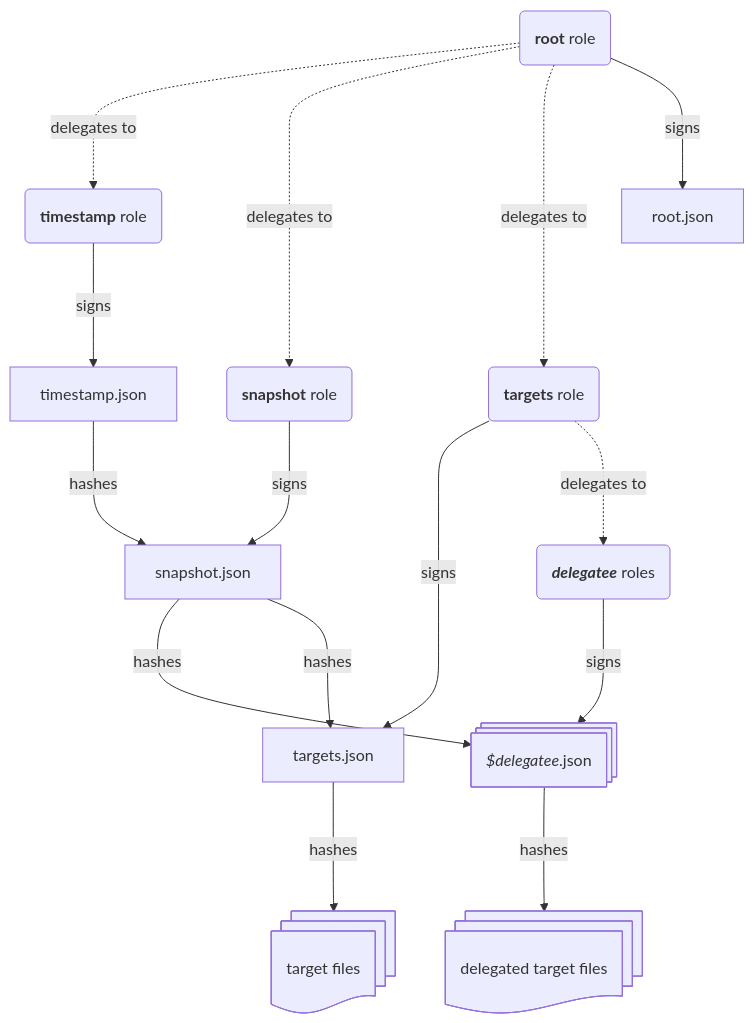
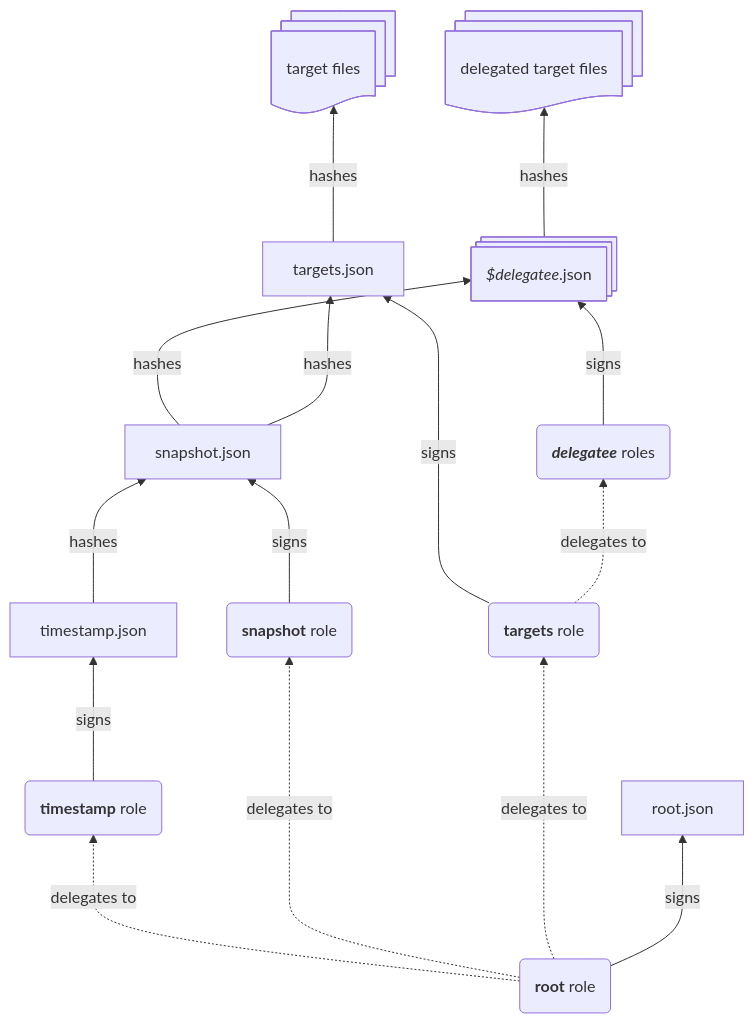
One commit to amutable-systems/quarry changed the diagram in docs/getting-started.md. Above: the diagram before and after it, drawn with Mermaid.

Commit message:
docs: flip TUF roles graph

````diff
--- a/docs/getting-started.md
+++ b/docs/getting-started.md
@@ -43,21 +43,21 @@
 ```mermaid
-flowchart TD
+flowchart BT
    root("`**root** role`") -. delegates to ..-> timestamp("`**timestamp** role`") & snapshot("`**snapshot** role`") & targets("`**targets** role`")
    root -- signs ---> rootjson["root.json"]
 
    timestamp -- signs ---> timestampjson["timestamp.json"]
    snapshot -- signs ---> snapshotjson["snapshot.json"]
    targets -- signs ---> targetsjson["targets.json"]
    targets -. delegates to ..-> delegatee["`_**delegatee**_ roles`"]
    delegatee -- signs ---> delegateejson["`*$delegatee*.json`"]
    delegateejson -- hashes ---> delegateetargetfiles["delegated target files"]
    snapshotjson -- hashes ---> delegateejson & targetsjson
    targetsjson -- hashes ---> targetfiles["target files"]
    timestampjson -- hashes ---> snapshotjson
 
 
    delegatee@{shape: rounded}
    delegateejson@{shape: st-rect}
    delegateetargetfiles@{shape: st-doc}
    targetfiles@{shape: st-doc}
 ```
````
